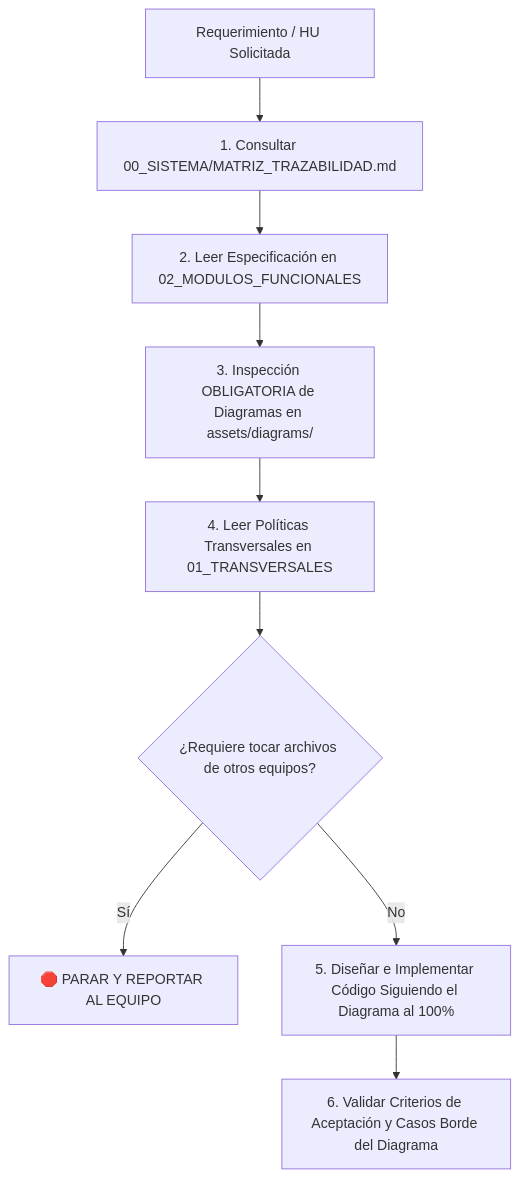
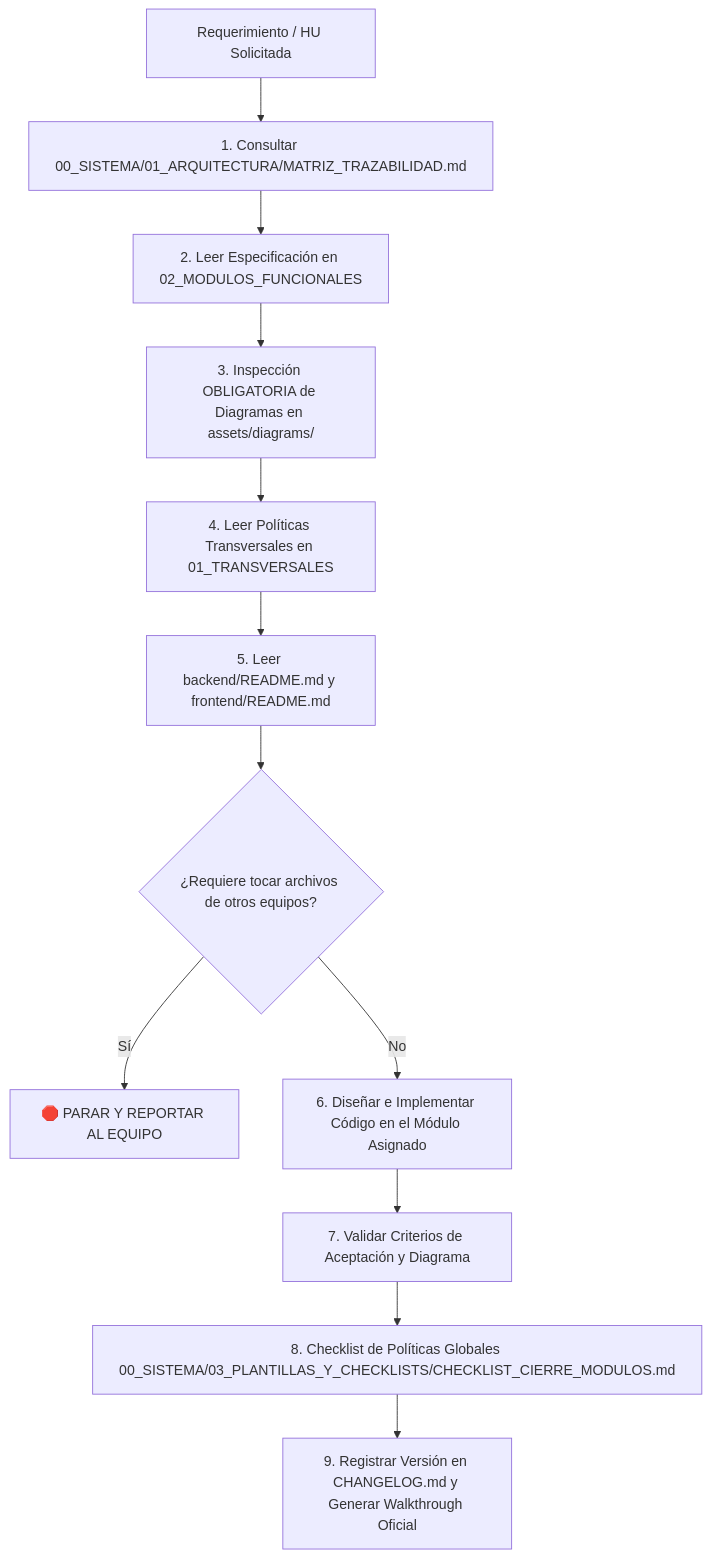
One commit to pintuclic/pintuclic changed the diagram in equipo-2-doc/AGENTS.md. Above: the diagram before and after it, drawn with Mermaid. The commit also changed other lines of this file and 13 other files, not shown here.

````diff
--- a/equipo-2-doc/AGENTS.md
+++ b/equipo-2-doc/AGENTS.md
@@ -17,11 +19,14 @@
 ```mermaid
 graph TD
-    A[Requerimiento / HU Solicitada] --> B[1. Consultar 00_SISTEMA/MATRIZ_TRAZABILIDAD.md]
+    A[Requerimiento / HU Solicitada] --> B[1. Consultar 00_SISTEMA/01_ARQUITECTURA/MATRIZ_TRAZABILIDAD.md]
     B --> C[2. Leer Especificación en 02_MODULOS_FUNCIONALES]
     C --> D[3. Inspección OBLIGATORIA de Diagramas en assets/diagrams/]
     D --> E[4. Leer Políticas Transversales en 01_TRANSVERSALES]
-    E --> F{¿Requiere tocar archivos de otros equipos?}
-    F -- Sí --> G[🛑 PARAR Y REPORTAR AL EQUIPO]
-    F -- No --> H[5. Diseñar e Implementar Código Siguiendo el Diagrama al 100%]
-    H --> I[6. Validar Criterios de Aceptación y Casos Borde del Diagrama]
+    E --> F[5. Leer backend/README.md y frontend/README.md]
+    F --> G{¿Requiere tocar archivos de otros equipos?}
+    G -- Sí --> H[🛑 PARAR Y REPORTAR AL EQUIPO]
+    G -- No --> I[6. Diseñar e Implementar Código en el Módulo Asignado]
+    I --> J[7. Validar Criterios de Aceptación y Diagrama]
+    J --> K[8. Checklist de Políticas Globales 00_SISTEMA/03_PLANTILLAS_Y_CHECKLISTS/CHECKLIST_CIERRE_MODULOS.md]
+    K --> L[9. Registrar Versión en CHANGELOG.md y Generar Walkthrough Oficial]
 ```
````
